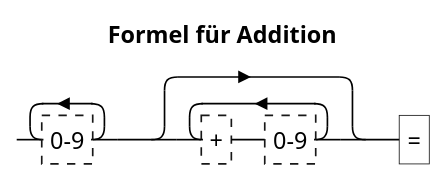
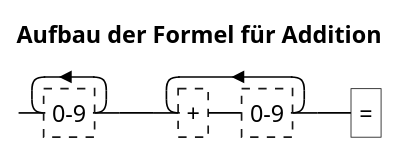
One commit to Huluvu424242/FluentBuilder.example changed the diagram in src/docs/asciidoc/plantuml/FormelRegEx.plantuml. Above: the diagram before and after it, drawn with PlantUML. The commit also changed 1 other file, not shown here.

```diff
--- a/src/docs/asciidoc/plantuml/FormelRegEx.plantuml
+++ b/src/docs/asciidoc/plantuml/FormelRegEx.plantuml
@@ -1,4 +1,4 @@
 @startregex
-title Formel für Addition
-[0-9]+([+][0-9])*=
+title Aufbau der Formel für Addition
+[0-9]+([+][0-9])+=
 @endregex
```
